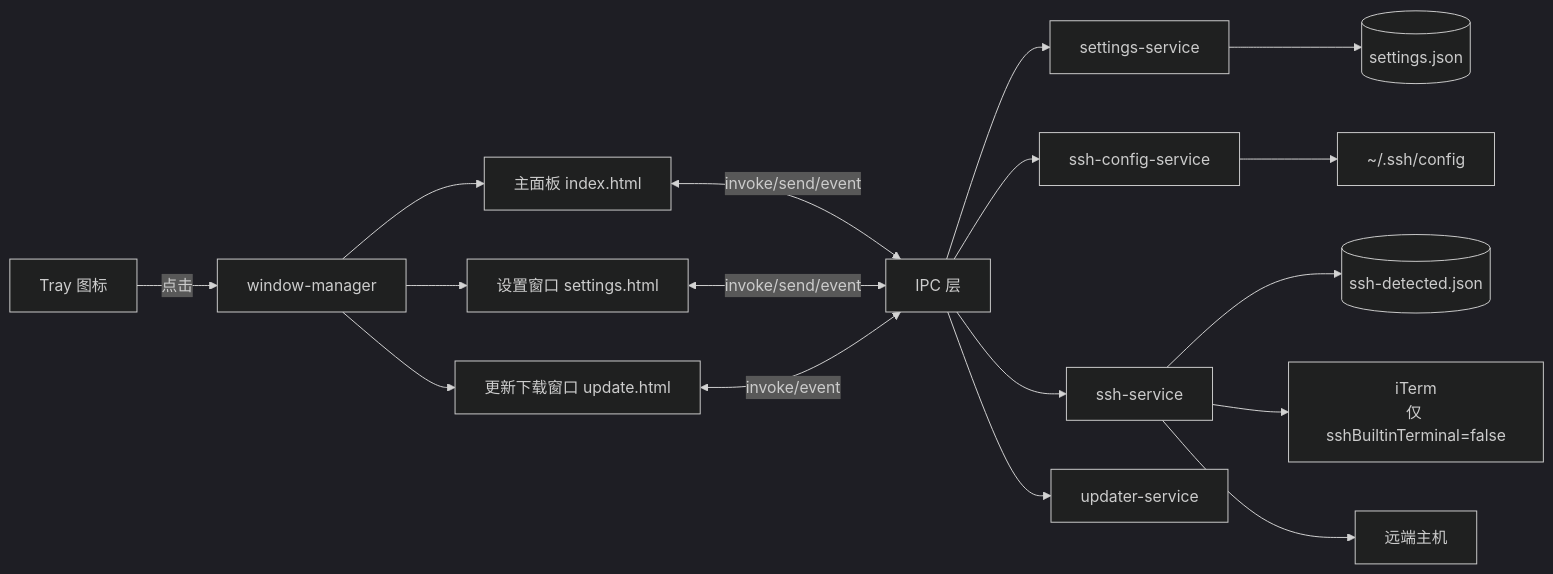
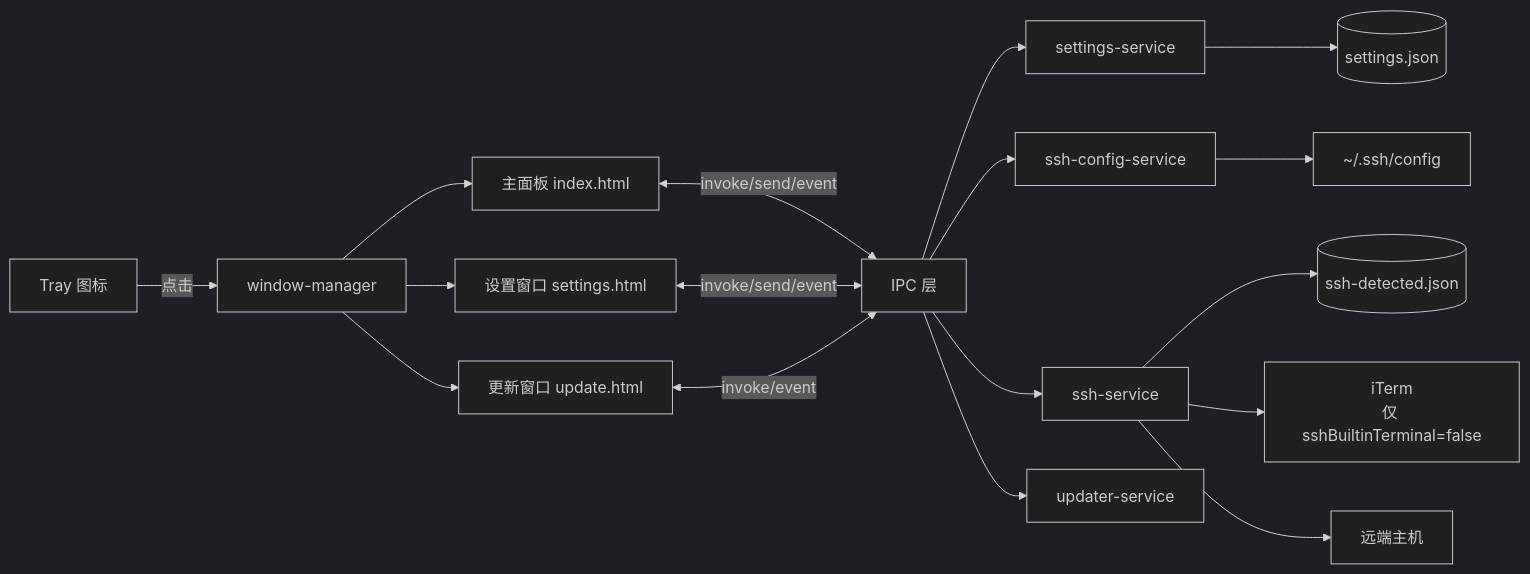
One commit to o8x/ships changed the first of 6 diagrams in docs/PRD.md. Above: the diagram before and after it, drawn with Mermaid (dark theme). The commit also changed other lines of this file and 8 other files, not shown here.

````diff
--- a/docs/PRD.md
+++ b/docs/PRD.md
@@ -504,19 +506,19 @@
 ```mermaid
 flowchart LR
   Tray[Tray 图标] -->|点击| WM[window-manager]
   WM --> Main[主面板 index.html]
   WM --> Settings[设置窗口 settings.html]
-  WM --> Update[更新下载窗口 update.html]
+  WM --> Update[更新窗口 update.html]
   Main <-->|invoke/send/event| IPC[IPC 层]
   Settings <-->|invoke/send/event| IPC
   Update <-->|invoke/event| IPC
   IPC --> SvcSettings[settings-service]
   IPC --> SvcSshConfig[ssh-config-service]
   IPC --> SvcSsh[ssh-service]
   IPC --> SvcUpdater[updater-service]
   SvcSettings --> F1[(settings.json)]
   SvcSshConfig --> F2[~/.ssh/config]
   SvcSsh --> F3[(ssh-detected.json)]
   SvcSsh --> Iterm[iTerm<br/>仅 sshBuiltinTerminal=false]
   SvcSsh --> Remote[远端主机]
 ```
````
